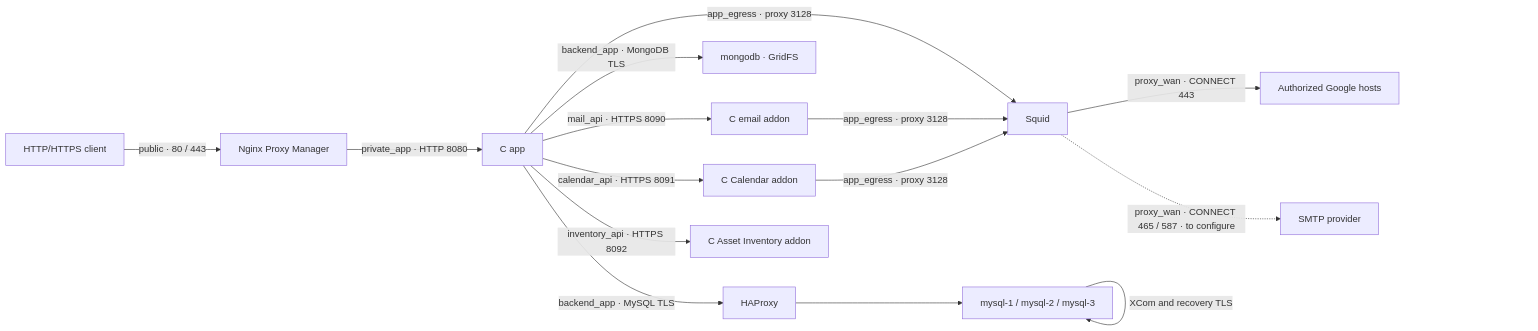
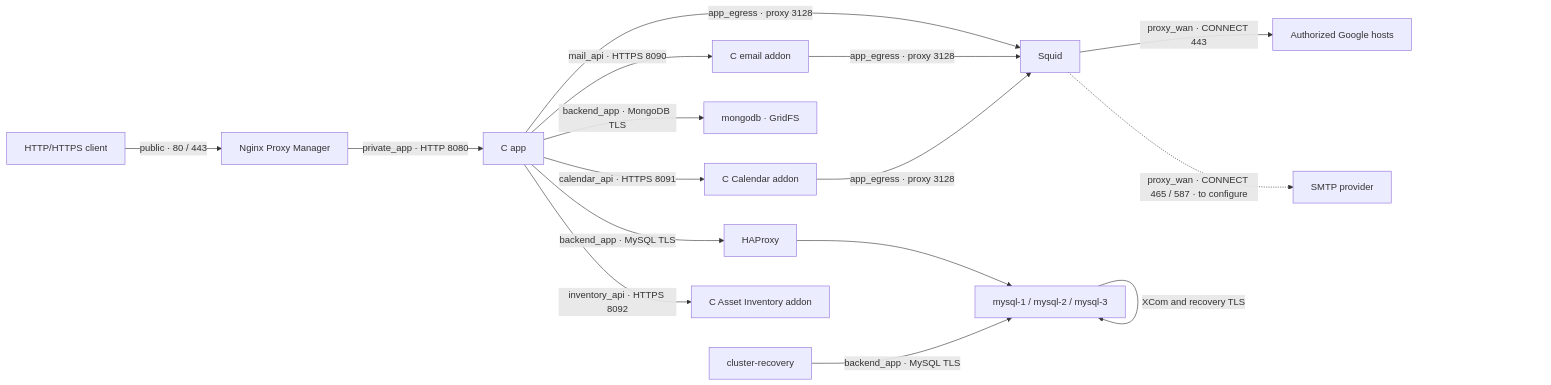
The diagram in README.md (GiorgioOppo/Project-manager), drawn with Mermaid before and after one commit. The commit also changed other lines of this file and 20 other files, not shown here.

````diff
--- a/README.md
+++ b/README.md
@@ -114,17 +115,18 @@
 ```mermaid
 flowchart LR
   Client["HTTP/HTTPS client"] -->|"public · 80 / 443"| NPM["Nginx Proxy Manager"]
   NPM -->|"private_app · HTTP 8080"| App["C app"]
   App -->|"backend_app · MySQL TLS"| Proxy["HAProxy"]
   Proxy --> DB["mysql-1 / mysql-2 / mysql-3"]
+  Recovery["cluster-recovery"] -->|"backend_app · MySQL TLS"| DB
   App -->|"backend_app · MongoDB TLS"| Docs["mongodb · GridFS"]
   DB -->|"XCom and recovery TLS"| DB
   App -->|"app_egress · proxy 3128"| Squid["Squid"]
   App -->|"mail_api · HTTPS 8090"| Mail["C email addon"]
   Mail -->|"app_egress · proxy 3128"| Squid
   App -->|"calendar_api · HTTPS 8091"| Calendar["C Calendar addon"]
   Calendar -->|"app_egress · proxy 3128"| Squid
   App -->|"inventory_api · HTTPS 8092"| Inventory["C Asset Inventory addon"]
   Squid -->|"proxy_wan · CONNECT 443"| Google["Authorized Google hosts"]
   Squid -.->|"proxy_wan · CONNECT 465 / 587 · to configure"| SMTP["SMTP provider"]
 ```
````
